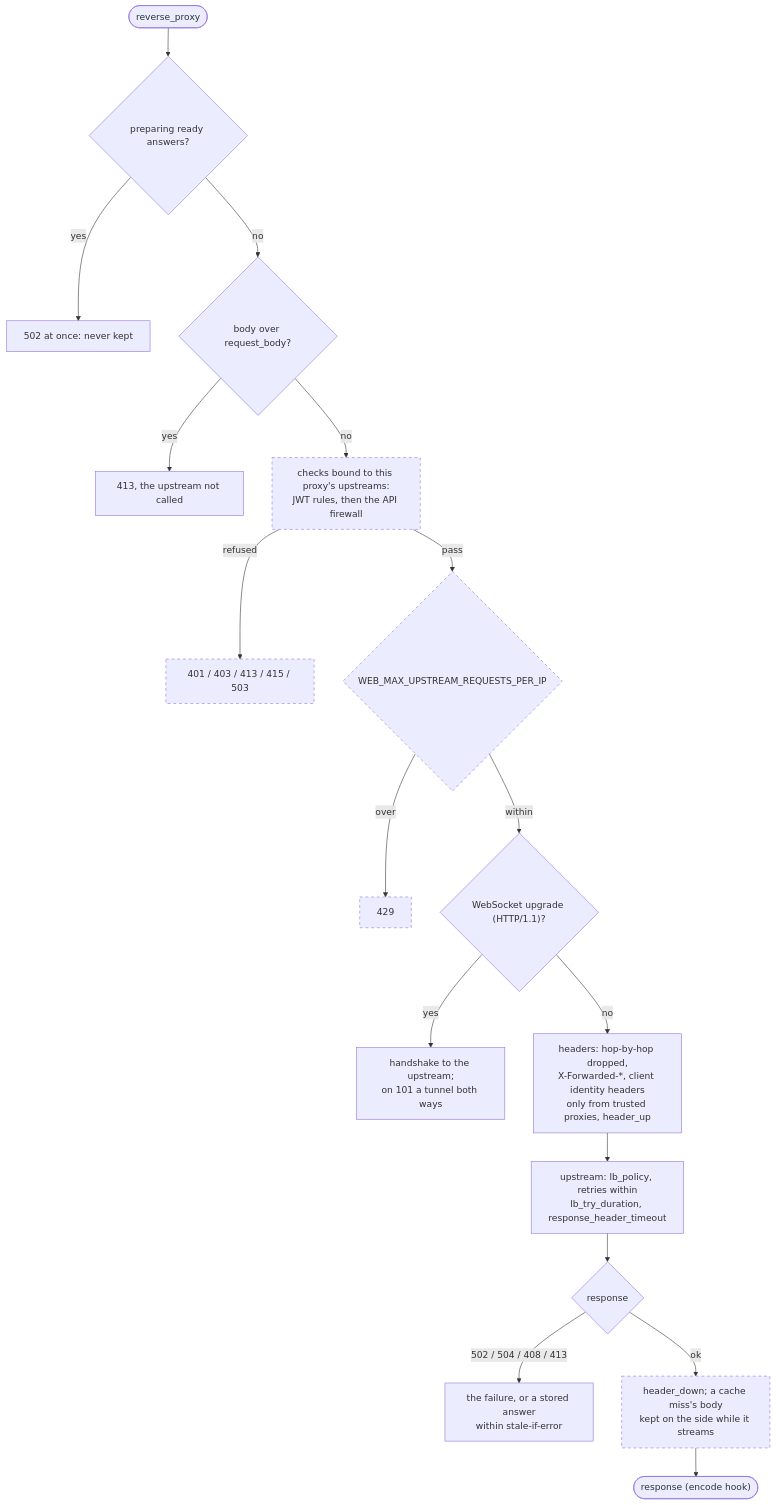
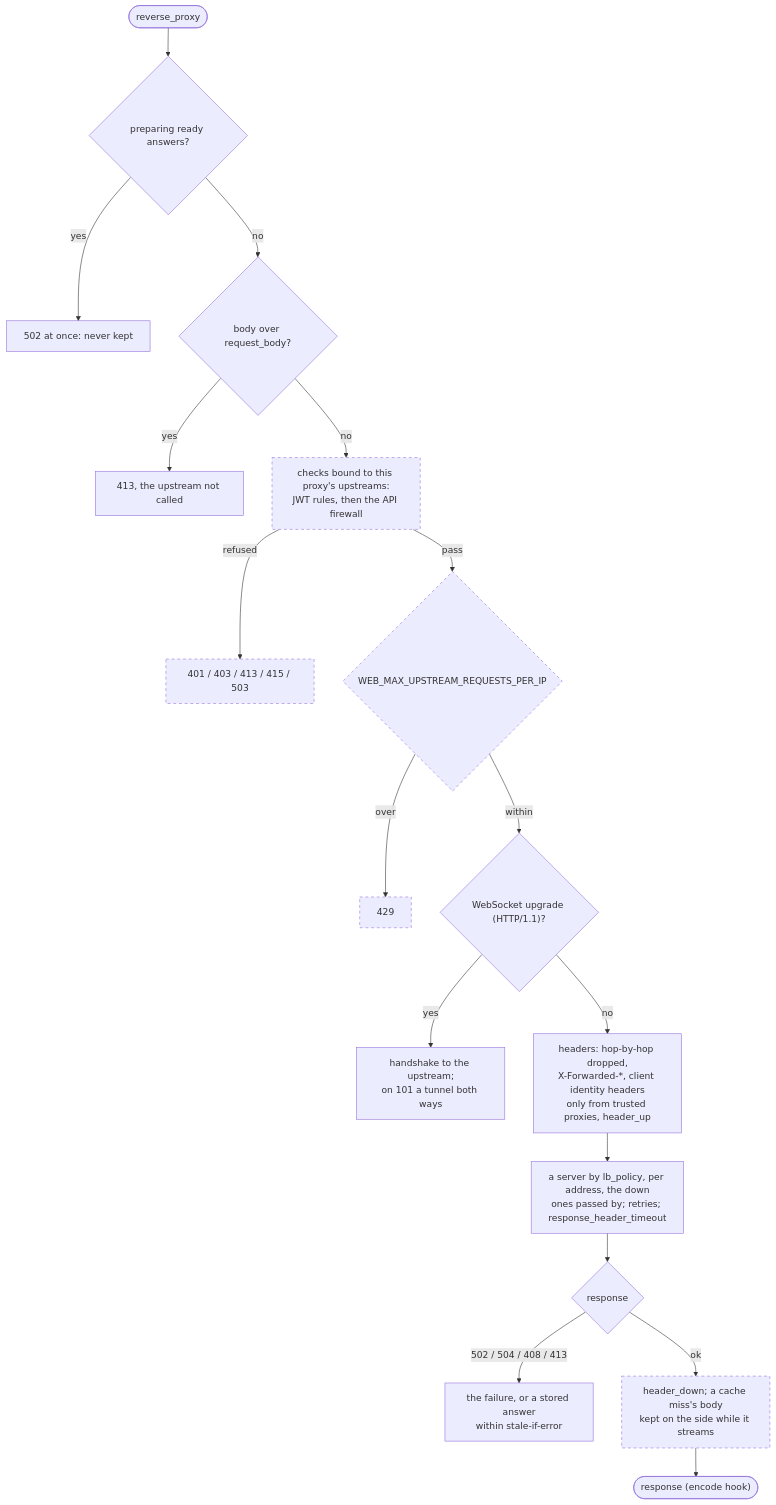
The fifth of 6 diagrams in docs/overview.md (ops-pro/webfast), drawn with Mermaid before and after one commit. The commit also changed other lines of this file and 14 other files, not shown here.

````diff
--- a/docs/overview.md
+++ b/docs/overview.md
@@ -133,22 +133,22 @@
 ```mermaid
 flowchart TD
     p(["reverse_proxy"]) --> prep{"preparing ready answers?"}
     prep -- yes --> r502["502 at once: never kept"]
     prep -- no --> big{"body over request_body?"}
     big -- yes --> r413["413, the upstream not called"]
     big -- no --> bound["checks bound to this proxy's upstreams:<br/>JWT rules, then the API firewall"]
     bound -- refused --> refused["401 / 403 / 413 / 415 / 503"]
     bound -- pass --> slot{"WEB_MAX_UPSTREAM_REQUESTS_PER_IP"}
     slot -- over --> r429["429"]
     slot -- within --> ws{"WebSocket upgrade (HTTP/1.1)?"}
     ws -- yes --> tunnel["handshake to the upstream;<br/>on 101 a tunnel both ways"]
     ws -- no --> send["headers: hop-by-hop dropped,<br/>X-Forwarded-*, client identity headers<br/>only from trusted proxies, header_up"]
-    send --> up["upstream: lb_policy, retries within<br/>lb_try_duration, response_header_timeout"]
+    send --> up["a server by lb_policy, per address, the down<br/>ones passed by; retries; response_header_timeout"]
     up --> resp{"response"}
     resp -- "502 / 504 / 408 / 413" --> fail["the failure, or a stored answer<br/>within stale-if-error"]
     resp -- ok --> tee["header_down; a cache miss's body<br/>kept on the side while it streams"]
     tee --> back(["response (encode hook)"])
 
     classDef feature stroke-dasharray: 5 5
     class bound,refused,slot,r429,tee feature
 ```
````
